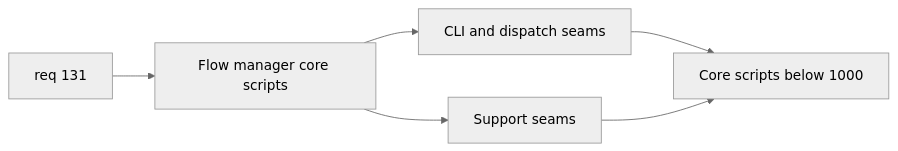
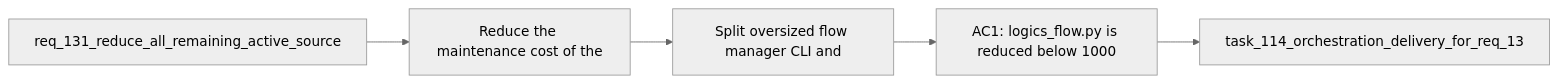
Before and after one commit to AlexAgo83/logics-manager: the diagram in logics/backlog/item_249_split_oversized_flow_manager_cli_and_support_scripts_below_1000_lines.md, drawn with Mermaid (neutral theme). The commit also changed 481 other files, not shown here.

````diff
--- a/logics/backlog/item_249_split_oversized_flow_manager_cli_and_support_scripts_below_1000_lines.md
+++ b/logics/backlog/item_249_split_oversized_flow_manager_cli_and_support_scripts_below_1000_lines.md
@@ -28,10 +28,9 @@
 ```mermaid
 %% logics-kind: backlog
 %% logics-signature: backlog|split-oversized-flow-manager-cli-and-sup|req-131-reduce-all-remaining-active-sour|reduce-the-maintenance-cost-of-the|ac1-logics-flow-py-is-reduced-below-1000
 flowchart LR
-    A[req 131] --> B[Flow manager core scripts]
-    B --> C[CLI and dispatch seams]
-    B --> D[Support seams]
-    C --> E[Core scripts below 1000]
-    D --> E
+    Request[req_131_reduce_all_remaining_active_source] --> Problem[Reduce the maintenance cost of the]
+    Problem --> Scope[Split oversized flow manager CLI and]
+    Scope --> Acceptance[AC1: logics_flow.py is reduced below 1000]
+    Acceptance --> Tasks[task_114_orchestration_delivery_for_req_13]
 ```
````
